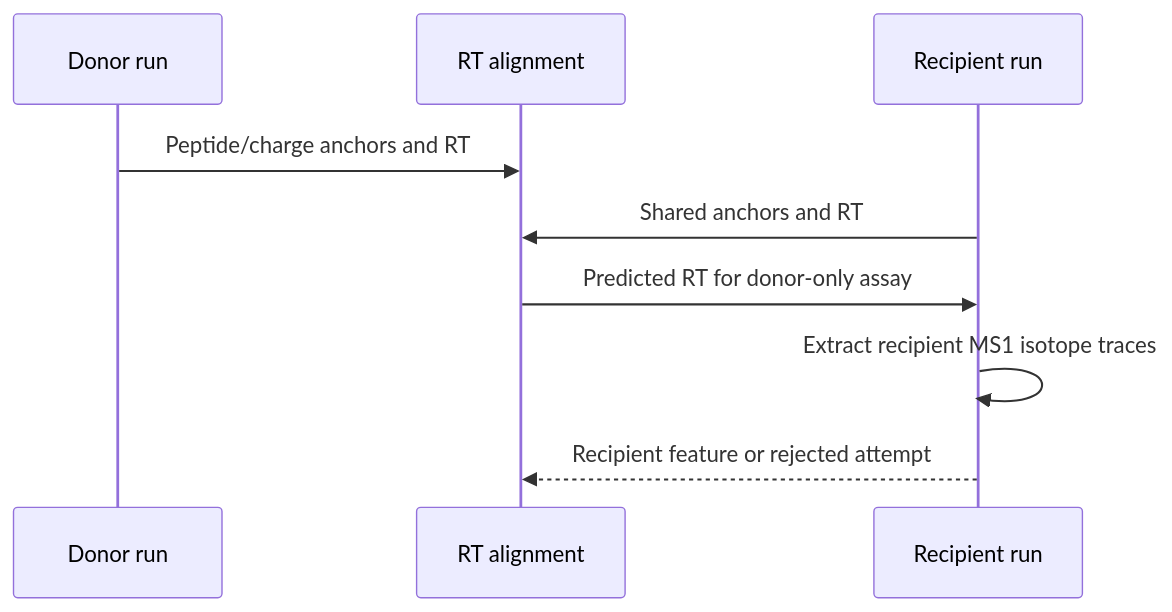
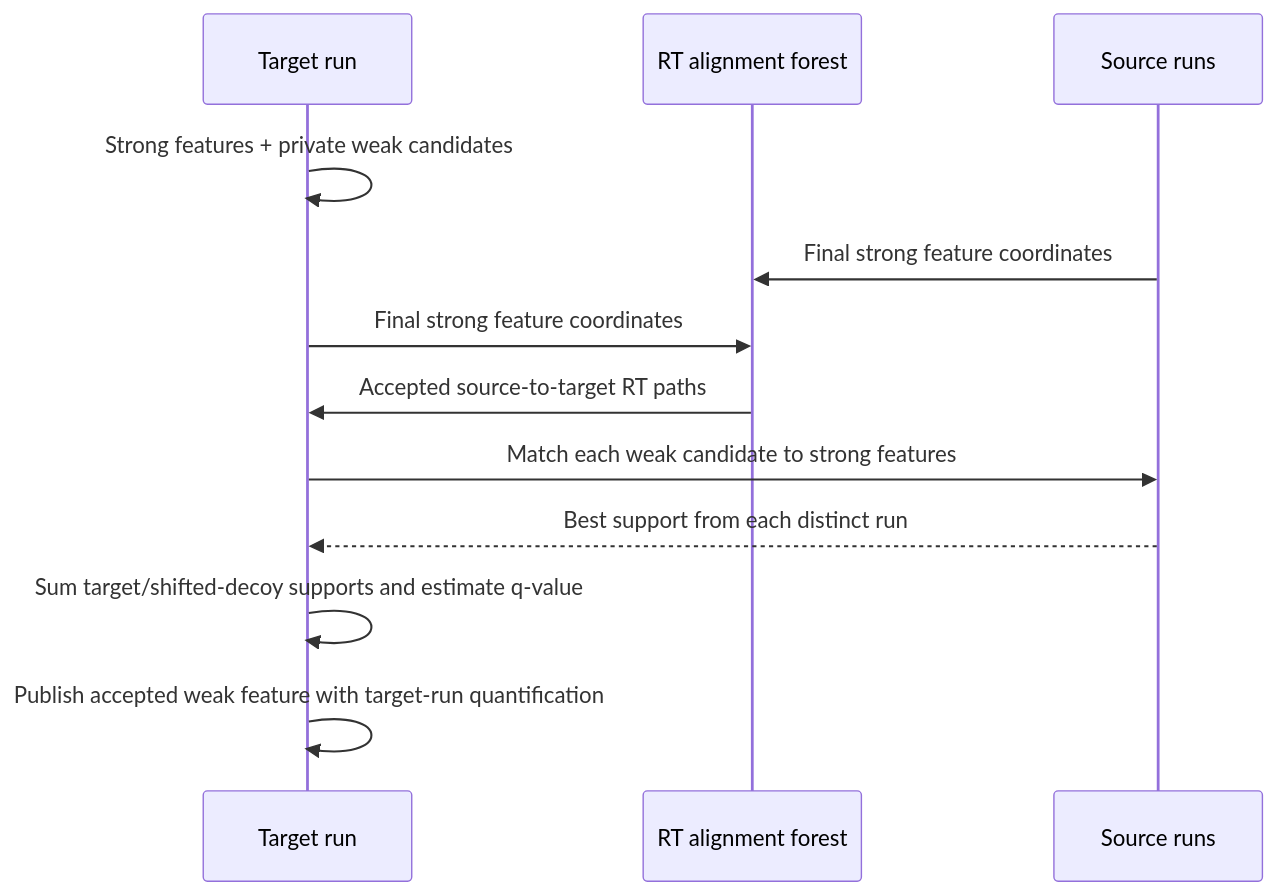
Before and after one commit to ATPs/biosaur2: the diagram in docs/project-workflow.md, drawn with Mermaid. The commit also changed other lines of this file and 20 other files, not shown here.

````diff
--- a/docs/project-workflow.md
+++ b/docs/project-workflow.md
@@ -42,11 +44,14 @@
 ```mermaid
 sequenceDiagram
-    participant D as Donor run
-    participant A as RT alignment
-    participant R as Recipient run
-    D->>A: Peptide/charge anchors and RT
-    R->>A: Shared anchors and RT
-    A->>R: Predicted RT for donor-only assay
-    R->>R: Extract recipient MS1 isotope traces
-    R-->>A: Recipient feature or rejected attempt
+    participant T as Target run
+    participant A as RT alignment forest
+    participant S as Source runs
+    T->>T: Strong features + private weak candidates
+    S->>A: Final strong feature coordinates
+    T->>A: Final strong feature coordinates
+    A->>T: Accepted source-to-target RT paths
+    T->>S: Match each weak candidate to strong features
+    S-->>T: Best support from each distinct run
+    T->>T: Sum target/shifted-decoy supports and estimate q-value
+    T->>T: Publish accepted weak feature with target-run quantification
 ```
````
